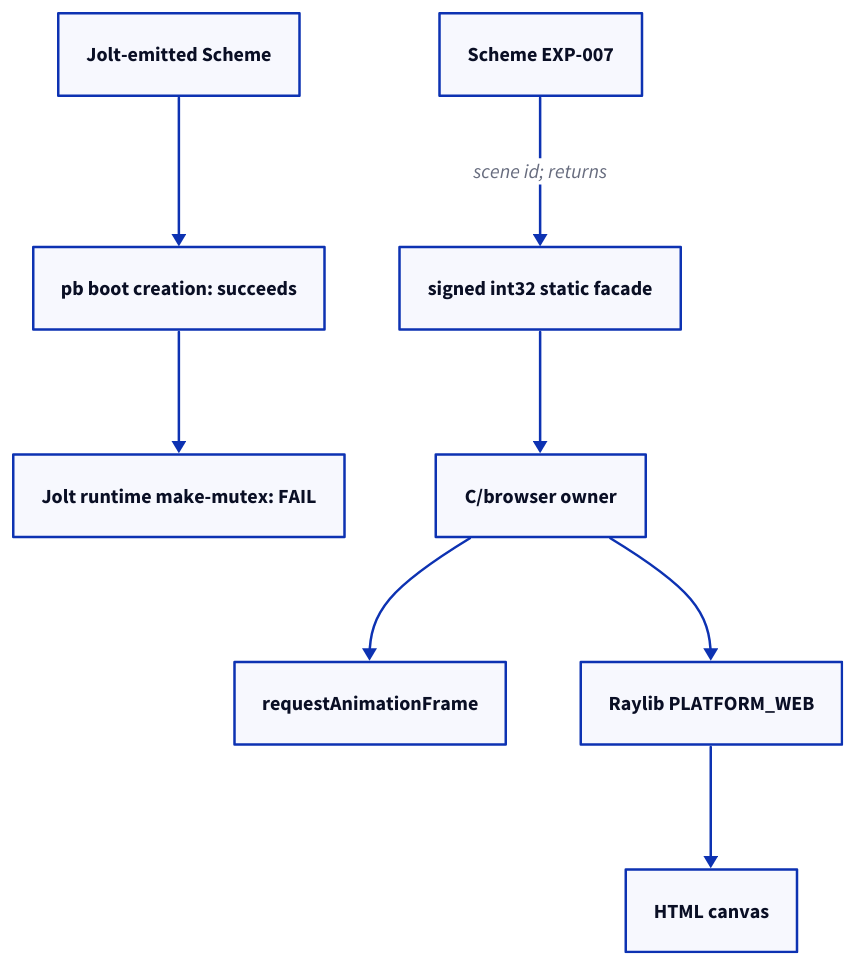
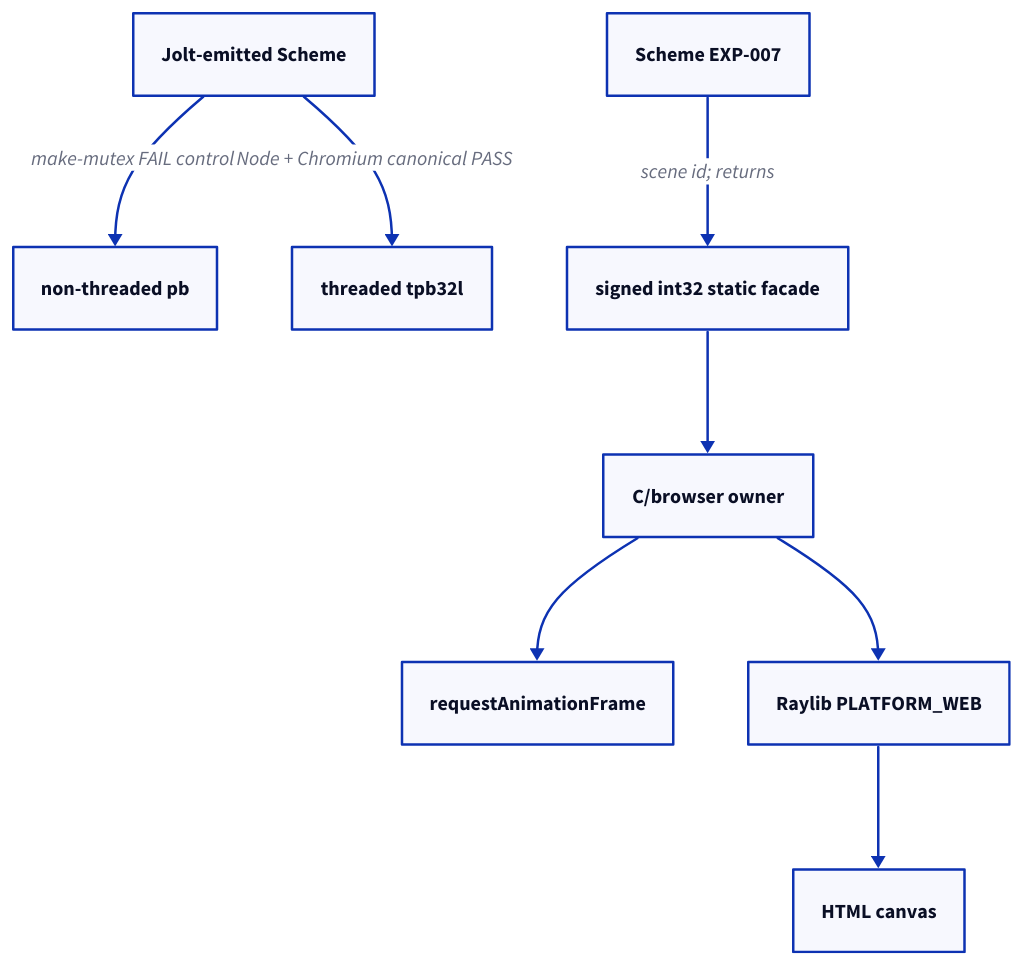
One commit to jasalt/jolt-wasm-raylib-experiment changed the diagram in REPORT.md. Above: the diagram before and after it, drawn with D2. The commit also changed other lines of this file and 1 other file, not shown here.

Commit message:
docs: record threaded Jolt browser result

````diff
--- a/REPORT.md
+++ b/REPORT.md
@@ -81,10 +84,10 @@
 ```d2
-Jolt-emitted Scheme -> "pb boot creation: succeeds"
-"pb boot creation: succeeds" -> "Jolt runtime make-mutex: FAIL"
+Jolt-emitted Scheme -> "non-threaded pb": "make-mutex FAIL control"
+Jolt-emitted Scheme -> "threaded tpb32l": "Node + Chromium canonical PASS"
 
 "Scheme EXP-007" -> "signed int32 static facade": "scene id; returns"
 "signed int32 static facade" -> "C/browser owner"
 "C/browser owner" -> "requestAnimationFrame"
 "C/browser owner" -> "Raylib PLATFORM_WEB"
 "Raylib PLATFORM_WEB" -> "HTML canvas"
 ```
````
